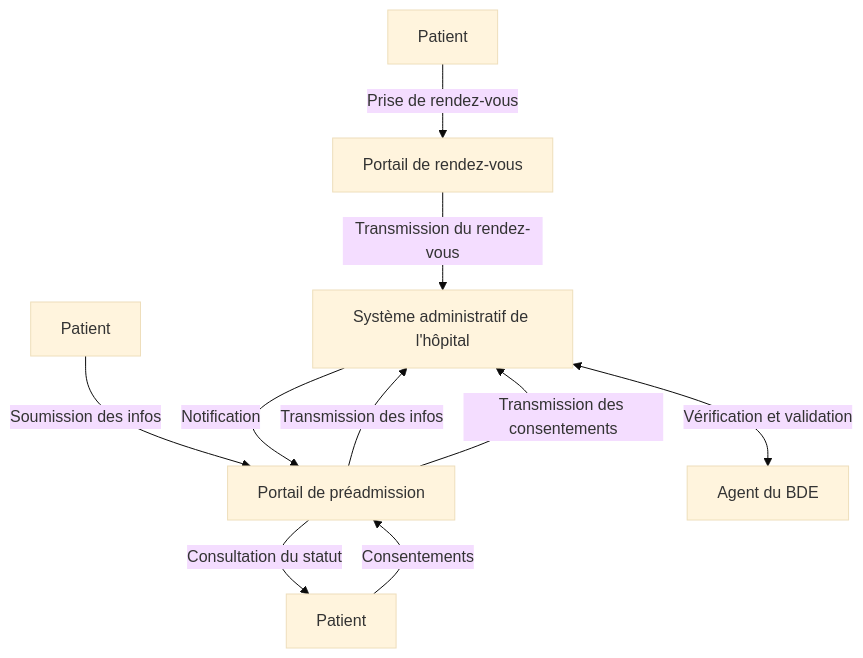
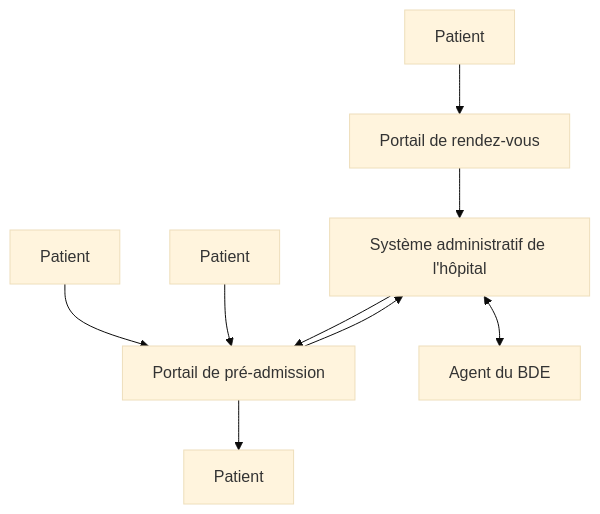
Before and after one commit to Interop-Sante/hl7.fhir.fr.preadmission: the diagram in input/pagecontent/flux.md, drawn with Mermaid (base theme). The commit also changed other lines of this file and 53 other files, not shown here.

Commit message:
Travail sur les consentements + corrections liés aux issues + revue du narratif + ajout d'un critère de recherche sur le statut de la préadmission pour le profil Encounter + ajout d'un capabilitystatement pour préciser les actions possibles sur les ressources

````diff
--- a/input/pagecontent/flux.md
+++ b/input/pagecontent/flux.md
@@ -124,24 +150,20 @@
 ```mermaid
 flowchart TD
     %% Étape 1 : Prise de rendez-vous
-    Patient1[Patient]
-    PortailRDV[Portail de rendez-vous]
-    SystemeAdmin[Système administratif de l'hôpital]
-    Patient1 -->|Prise de rendez-vous| PortailRDV -->|Transmission du rendez-vous| SystemeAdmin
+    A[Patient] --> B[Portail de rendez-vous]
+    B --> C[Système administratif de l'hôpital]
 
-    %% Étape 2 : Soumission des informations de préadmission
-    Patient2[Patient]
-    PortailPread[Portail de préadmission]
-    Patient2 -->|Soumission des infos| PortailPread -->|Transmission des infos| SystemeAdmin
+    %% Étape 2 : Soumission des infos de pré-admission
+    D[Patient] --> E[Portail de pré-admission]
+    E --> C
 
     %% Étape 3 : Recueil des consentements
-    Patient3[Patient]
-    Patient3 -->|Consentements| PortailPread -->|Transmission des consentements| SystemeAdmin
+    F[Patient] --> E
 
-    %% Étape 4 : Vérification par l'agent du BDE
-    AgentBDE[Agent du BDE]
-    SystemeAdmin <-->|Vérification et validation| AgentBDE
+    %% Étape 4 : Vérification et validation
+    C <--> G[Agent du BDE]
 
     %% Étape 5 : Notification au patient
-    SystemeAdmin -->|Notification| PortailPread -->|Consultation du statut| Patient3
+    C --> E
+    E --> H[Patient]
 ```
````
